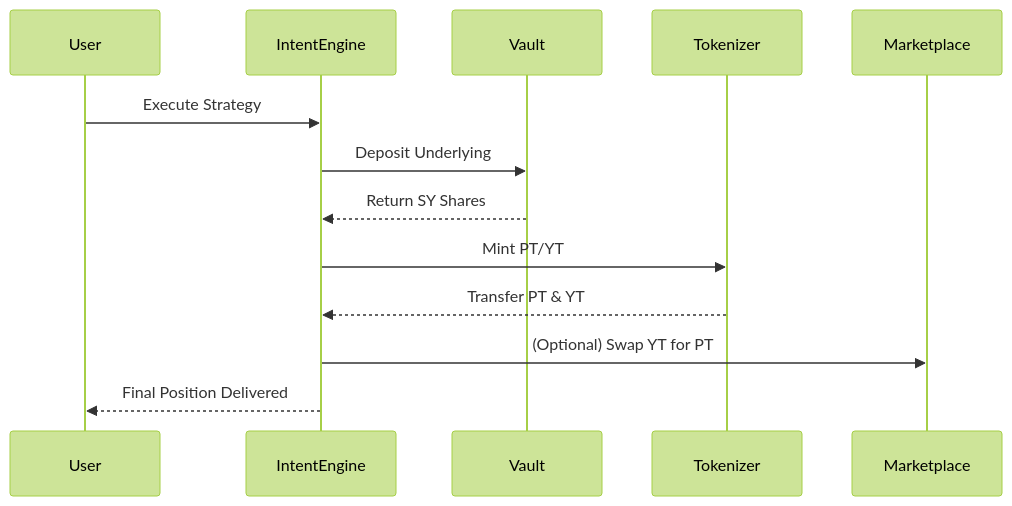
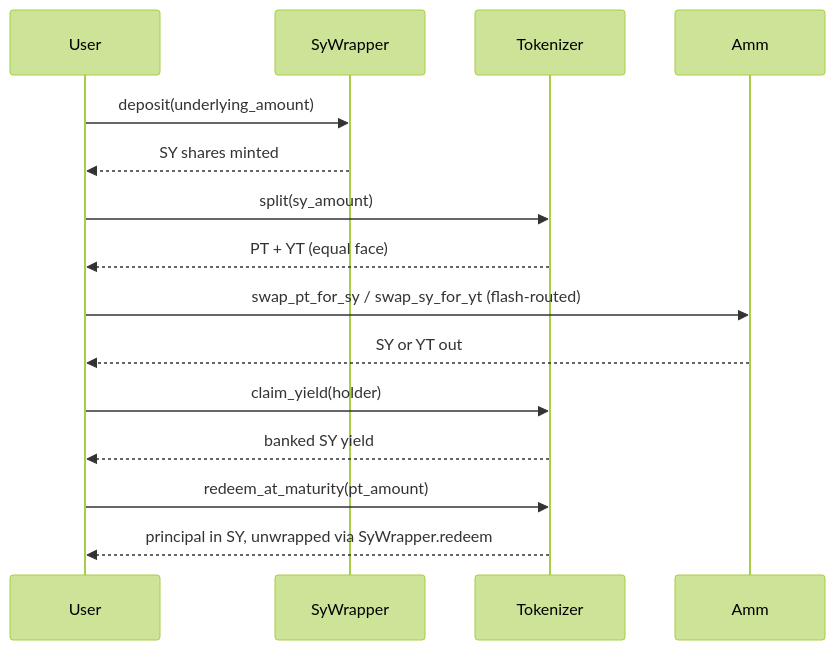
The second of 2 diagrams in docs/architecture/ARCHITECTURE.md (Novaire-tech/novaire-testnet), drawn with Mermaid (forest theme) before and after one commit. The commit also changed other lines of this file and 1 other file, not shown here.

First line of the commit message:
docs: rewrite architecture docs for the 6-contract single-market design

````diff
--- a/docs/architecture/ARCHITECTURE.md
+++ b/docs/architecture/ARCHITECTURE.md
@@ -65,16 +88,18 @@
 ```mermaid
 sequenceDiagram
     participant User
-    participant IntentEngine
-    participant Vault
+    participant SyWrapper
     participant Tokenizer
-    participant Marketplace
-    
-    User->>IntentEngine: Execute Strategy
-    IntentEngine->>Vault: Deposit Underlying
-    Vault-->>IntentEngine: Return SY Shares
-    IntentEngine->>Tokenizer: Mint PT/YT
-    Tokenizer-->>IntentEngine: Transfer PT & YT
-    IntentEngine->>Marketplace: (Optional) Swap YT for PT
-    IntentEngine-->>User: Final Position Delivered
+    participant Amm
+
+    User->>SyWrapper: deposit(underlying_amount)
+    SyWrapper-->>User: SY shares minted
+    User->>Tokenizer: split(sy_amount)
+    Tokenizer-->>User: PT + YT (equal face)
+    User->>Amm: swap_pt_for_sy / swap_sy_for_yt (flash-routed)
+    Amm-->>User: SY or YT out
+    User->>Tokenizer: claim_yield(holder)
+    Tokenizer-->>User: banked SY yield
+    User->>Tokenizer: redeem_at_maturity(pt_amount)
+    Tokenizer-->>User: principal in SY, unwrapped via SyWrapper.redeem
 ```
````
